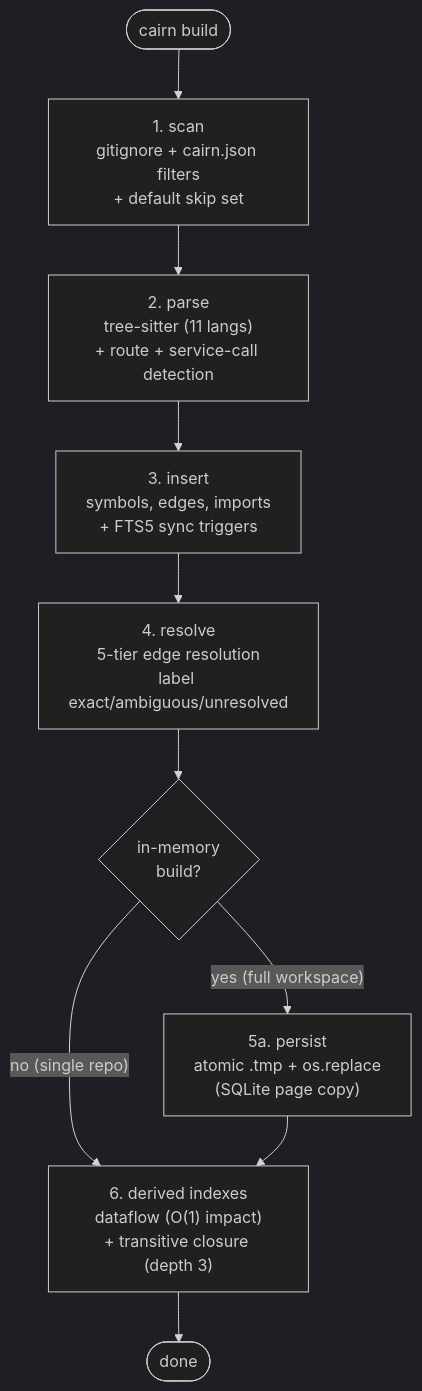
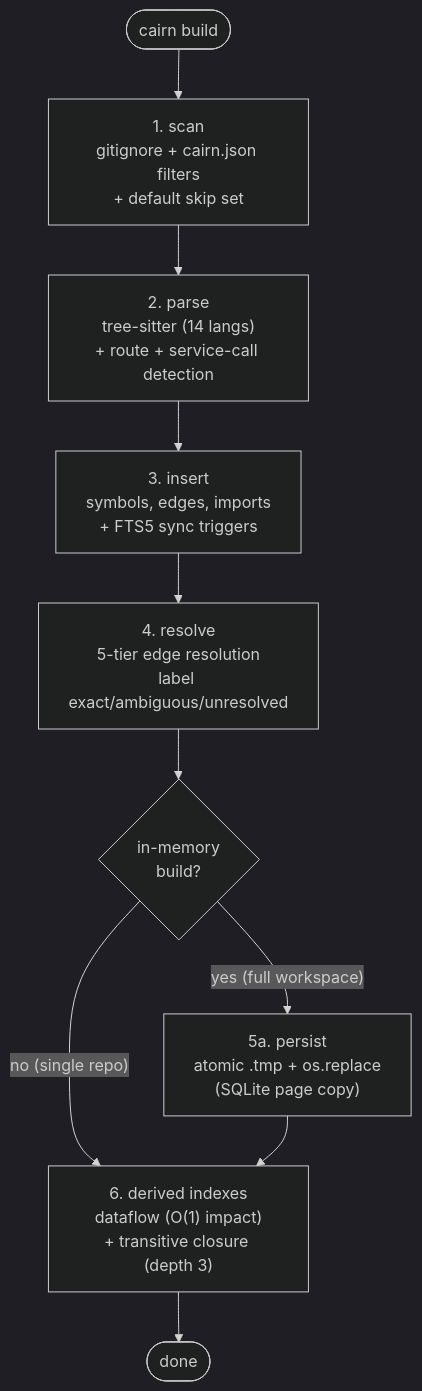
One commit to tanlnm512/cairn changed the fourth of 11 diagrams in docs/architecture-overview.md. Above: the diagram before and after it, drawn with Mermaid (dark theme). The commit also changed other lines of this file and 8 other files, not shown here.

````diff
--- a/docs/architecture-overview.md
+++ b/docs/architecture-overview.md
@@ -148,12 +148,12 @@
 ```mermaid
 flowchart TB
     START([cairn build]) --> SCAN["1. scan<br/>gitignore + cairn.json filters<br/>+ default skip set"]
-    SCAN --> PARSE["2. parse<br/>tree-sitter (11 langs)<br/>+ route + service-call detection"]
+    SCAN --> PARSE["2. parse<br/>tree-sitter (14 langs)<br/>+ route + service-call detection"]
     PARSE --> INSERT["3. insert<br/>symbols, edges, imports<br/>+ FTS5 sync triggers"]
     INSERT --> RESOLVE["4. resolve<br/>5-tier edge resolution<br/>label exact/ambiguous/unresolved"]
     RESOLVE --> PERSIST{in-memory<br/>build?}
     PERSIST -- "yes (full workspace)" --> SWAP["5a. persist<br/>atomic .tmp + os.replace<br/>(SQLite page copy)"]
     PERSIST -- "no (single repo)" --> DERIVED
     SWAP --> DERIVED["6. derived indexes<br/>dataflow (O(1) impact)<br/>+ transitive closure (depth 3)"]
     DERIVED --> DONE([done])
 ```
````
